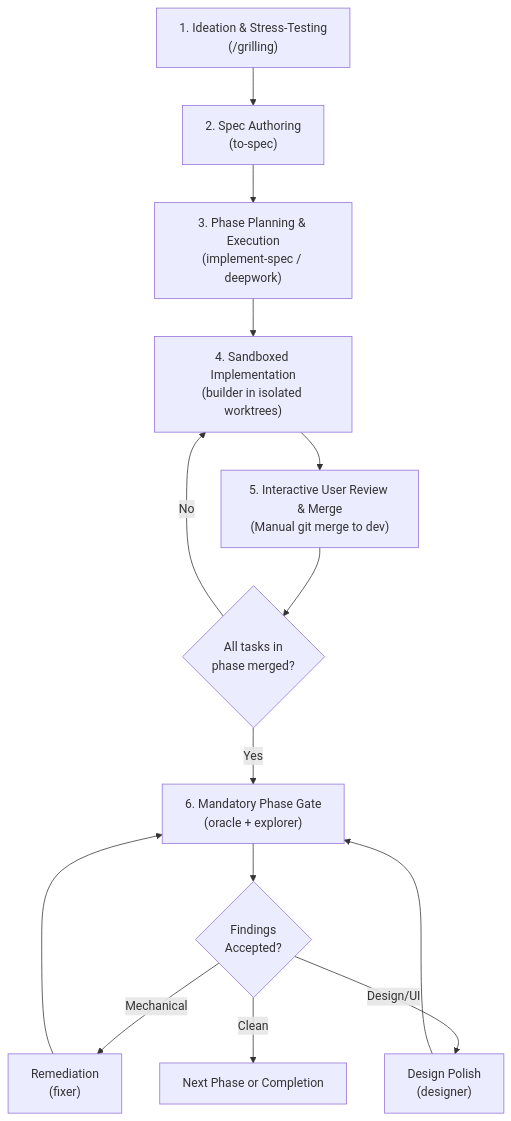
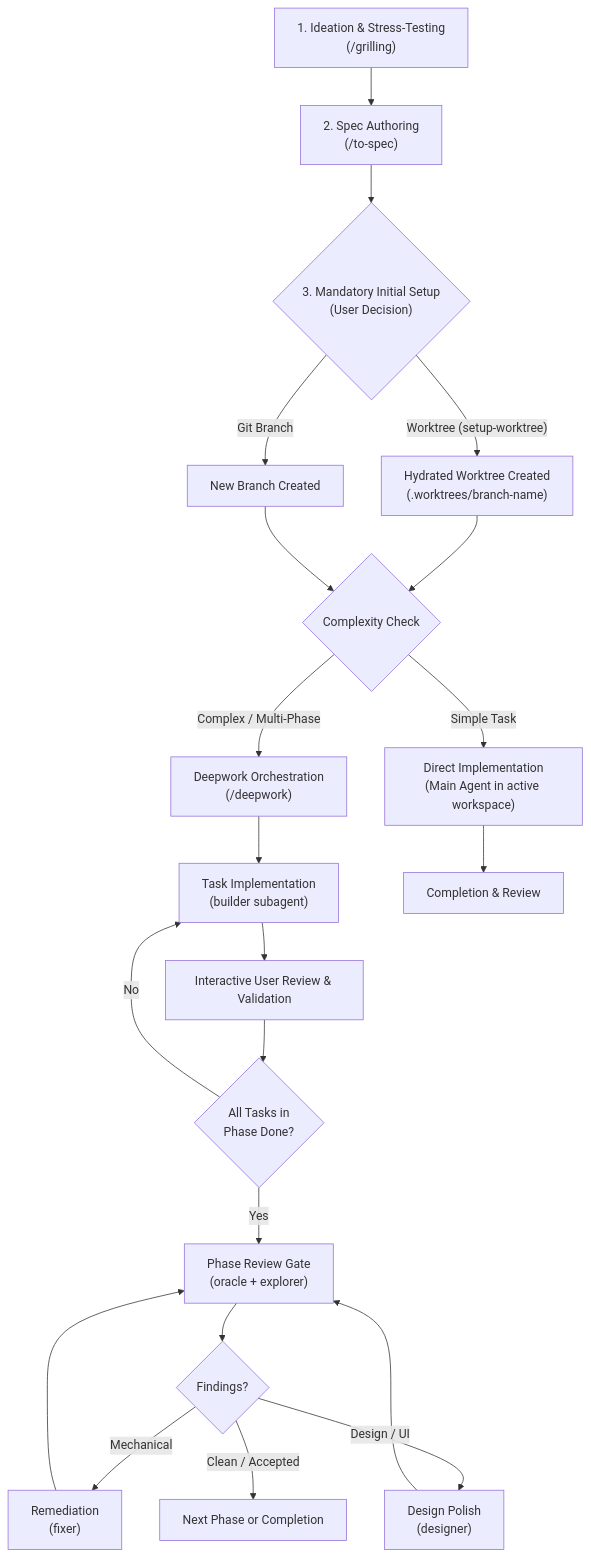
Before and after one commit to Jancera/skills: the diagram in README.md, drawn with Mermaid. The commit also changed other lines of this file and 1 other file, not shown here.

Commit message:
Refactor README and remove implement-spec skill documentation

````diff
--- a/README.md
+++ b/README.md
@@ -107,16 +117,23 @@
 ```mermaid
 flowchart TD
-    A["1. Ideation & Stress-Testing\n(/grilling)"] --> B["2. Spec Authoring\n(to-spec)"]
-    B --> C["3. Phase Planning & Execution\n(implement-spec / deepwork)"]
-    C --> D["4. Sandboxed Implementation\n(builder in isolated worktrees)"]
-    D --> E["5. Interactive User Review & Merge\n(Manual git merge to dev)"]
-    E --> F{"All tasks in\nphase merged?"}
-    F -- No --> D
-    F -- Yes --> G["6. Mandatory Phase Gate\n(oracle + explorer)"]
-    G --> H{"Findings\nAccepted?"}
-    H -- Mechanical --> I["Remediation\n(fixer)"]
-    H -- Design/UI --> J["Design Polish\n(designer)"]
-    I --> G
-    J --> G
-    H -- Clean --> K["Next Phase or Completion"]
+    A["1. Ideation & Stress-Testing\n(/grilling)"] --> B["2. Spec Authoring\n(/to-spec)"]
+    B --> C{"3. Mandatory Initial Setup\n(User Decision)"}
+    C -->|"Worktree (setup-worktree)"| D["Hydrated Worktree Created\n(.worktrees/branch-name)"]
+    C -->|"Git Branch"| E["New Branch Created"]
+    D --> F{"Complexity Check"}
+    E --> F
+    F -->|"Simple Task"| G["Direct Implementation\n(Main Agent in active workspace)"]
+    F -->|"Complex / Multi-Phase"| H["Deepwork Orchestration\n(/deepwork)"]
+    H --> I["Task Implementation\n(builder subagent)"]
+    I --> J["Interactive User Review & Validation"]
+    J --> K{"All Tasks in\nPhase Done?"}
+    K -->|"No"| I
+    K -->|"Yes"| L["Phase Review Gate\n(oracle + explorer)"]
+    L --> M{"Findings?"}
+    M -->|"Mechanical"| N["Remediation\n(fixer)"]
+    M -->|"Design / UI"| O["Design Polish\n(designer)"]
+    N --> L
+    O --> L
+    M -->|"Clean / Accepted"| P["Next Phase or Completion"]
+    G --> Q["Completion & Review"]
 ```
````
